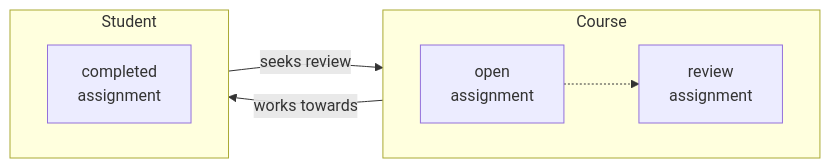
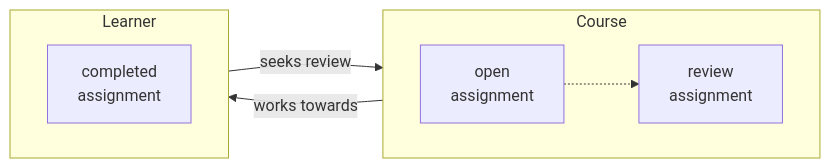
One commit to d33bs/set-website changed the first of 3 diagrams in _posts/2023-02-13-Git-Practices.md. Above: the diagram before and after it, drawn with Mermaid. The commit also changed other lines of this file, not shown here.

````diff
--- a/_posts/2023-02-13-Git-Practices.md
+++ b/_posts/2023-02-13-Git-Practices.md
@@ -19,16 +19,16 @@
 ```mermaid
 flowchart LR
  subgraph Course
     direction LR
     open["open\nassignment"]
     turn_in["review\nassignment"]
   end
-  subgraph Student ["&nbsp;&nbsp;&nbsp;&nbsp;&nbsp;Student"]
+  subgraph Learner ["&nbsp;&nbsp;&nbsp;&nbsp;&nbsp;Learner"]
     direction LR
     work["completed\nassignment"]
   end
   open -.-> turn_in
   open --> |works towards| work
   work --> |seeks review| turn_in
   
 ```
````
